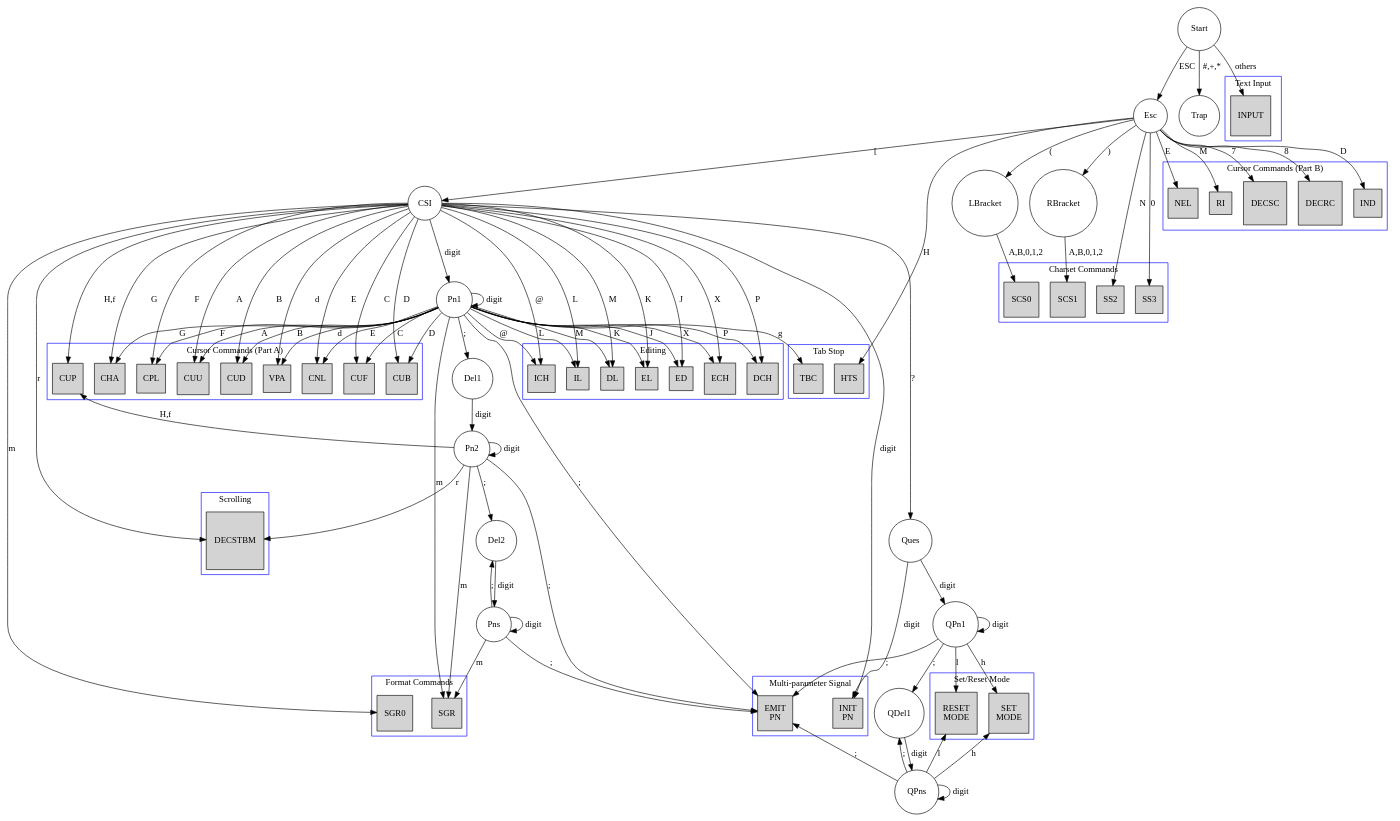
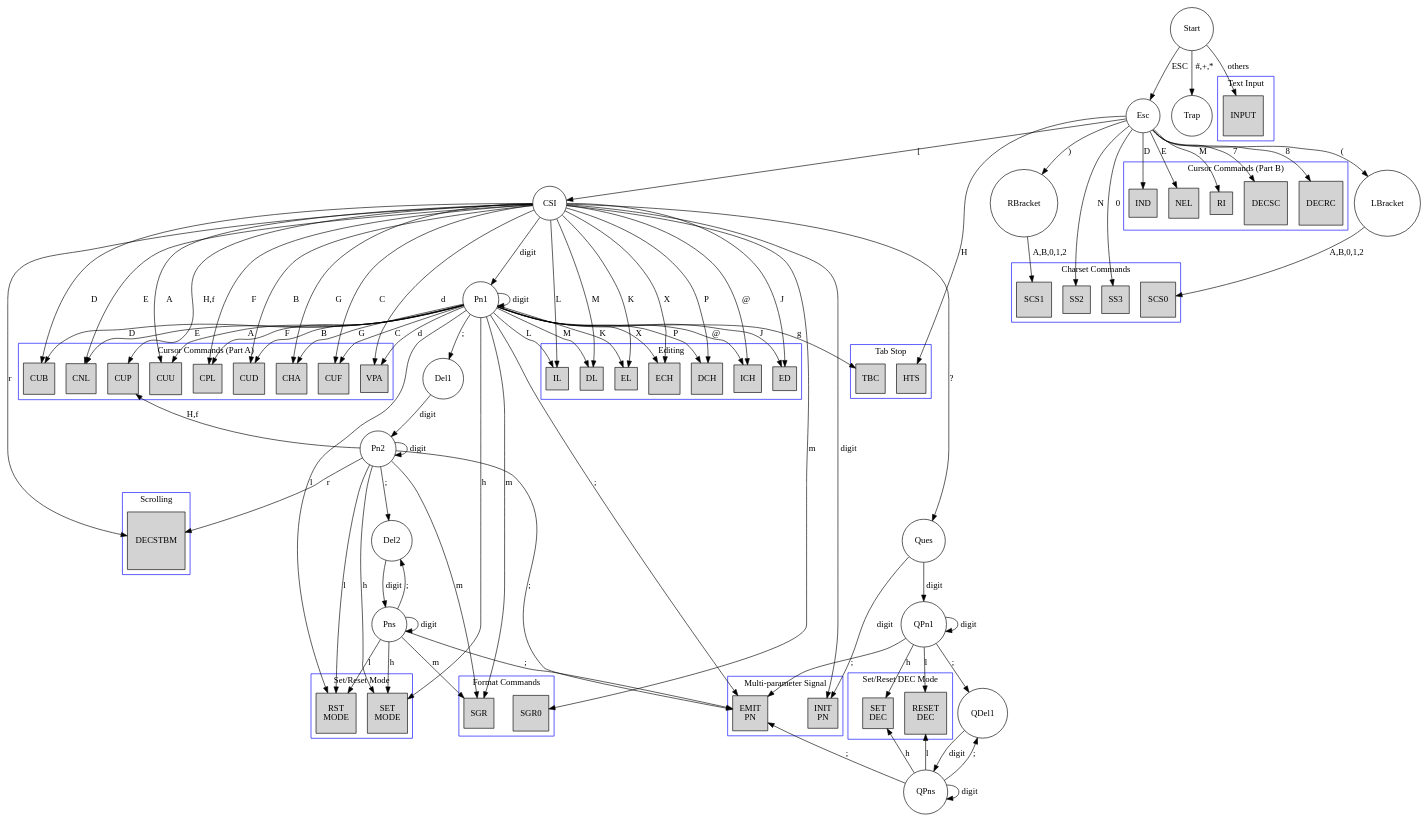
Before and after one commit to Harry-Chen/fpga-virtual-console: the diagram in doc/DFA.dot, drawn with Graphviz. The commit also changed 8 other files, not shown here.

```diff
--- a/doc/DFA.dot
+++ b/doc/DFA.dot
@@ -231,17 +231,32 @@
 
 
 	/* Set/Reset Mode Commands */
-	subgraph cluster5 {
+	subgraph cluster5b {
+		node[style=filled,shape=square];
+        color=blue;
+        label="Set/Reset DEC Mode";  
+		SETDEC[label="SET\nDEC"]; RESETDEC[label="RESET\nDEC"];
+	}
+
+	subgraph cluster5a {
 		node[style=filled,shape=square];
         color=blue;
         label="Set/Reset Mode";  
-		SETMODE[label="SET\nMODE"]; RESETMODE[label="RESET\nMODE"];
+		SETMODE[label="SET\nMODE"]; RSTMODE[label="RST\nMODE"];
 	}
-	QPn1->SETMODE[label=h]
-	QPn1->RESETMODE[label=l]
+	QPn1->SETDEC[label=h]
+	QPn1->RESETDEC[label=l]
 
-	SETMODE->QPns[label=h,dir="back"];
-	RESETMODE->QPns[label=l,dir="back"];
+	SETDEC->QPns[label=h,dir="back"];
+	RESETDEC->QPns[label=l,dir="back"];
+
+	Pn1->SETMODE[label="h"];
+	Pn2->SETMODE[label="h"];
+	Pns->SETMODE[label="h"];
+
+	Pn1->RSTMODE[label="l"];
+	Pn2->RSTMODE[label="l"];
+	Pns->RSTMODE[label="l"];
 
 	subgraph cluster6 {
 		node[style=filled,shape=square];
```
